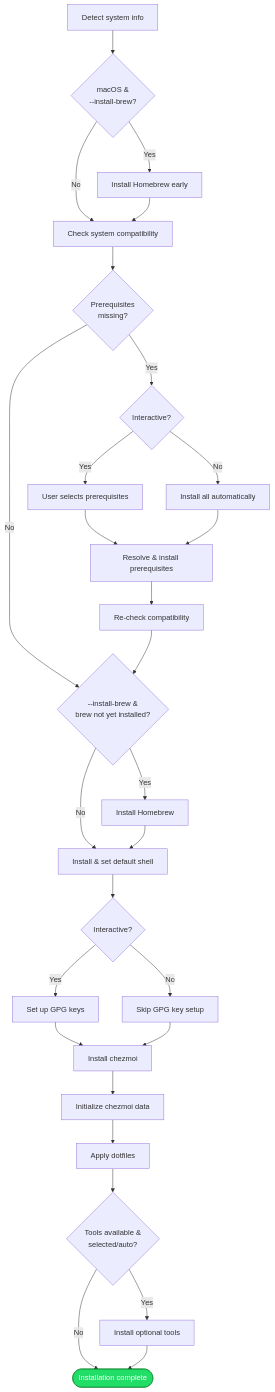
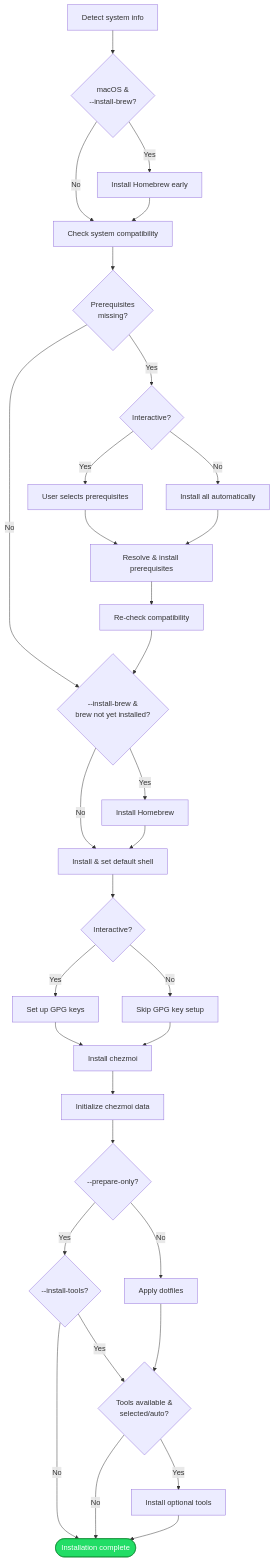
One commit to MrPointer/dotfiles changed the diagram in installer/docs/processes/installation.md. Above: the diagram before and after it, drawn with Mermaid. The commit also changed other lines of this file and 40 other files, not shown here.

First line of the commit message:
feat: add installer --prepare-only and gate installer ci on pull requests (#46)

````diff
--- a/installer/docs/processes/installation.md
+++ b/installer/docs/processes/installation.md
@@ -20,32 +20,36 @@
 ```mermaid
 flowchart TD
     A[Detect system info] --> B{macOS &<br>--install-brew?}
     B -- Yes --> C[Install Homebrew early]
     B -- No --> D
     C --> D[Check system compatibility]
     D --> E{Prerequisites<br>missing?}
     E -- No --> H
     E -- Yes --> F{Interactive?}
     F -- Yes --> F1[User selects prerequisites]
     F -- No --> F2[Install all automatically]
     F1 --> G[Resolve & install prerequisites]
     F2 --> G
     G --> G1[Re-check compatibility]
     G1 --> H{--install-brew &<br>brew not yet installed?}
     H -- Yes --> I[Install Homebrew]
     H -- No --> J
     I --> J[Install & set default shell]
     J --> K{Interactive?}
     K -- Yes --> L[Set up GPG keys]
     K -- No --> M[Skip GPG key setup]
     L --> N
     M --> N[Install chezmoi]
     N --> O[Initialize chezmoi data]
-    O --> P[Apply dotfiles]
+    O --> O1{--prepare-only?}
+    O1 -- No --> P[Apply dotfiles]
+    O1 -- Yes --> O2{--install-tools?}
+    O2 -- No --> Q
+    O2 -- Yes --> R
     P --> R{Tools available &<br>selected/auto?}
     R -- Yes --> S[Install optional tools]
     R -- No --> Q
     S --> Q([Installation complete])
 
     style Q fill:#2d6,stroke:#183,color:#fff
 ```
````
